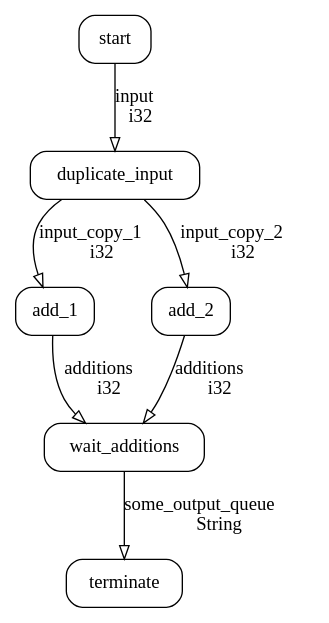
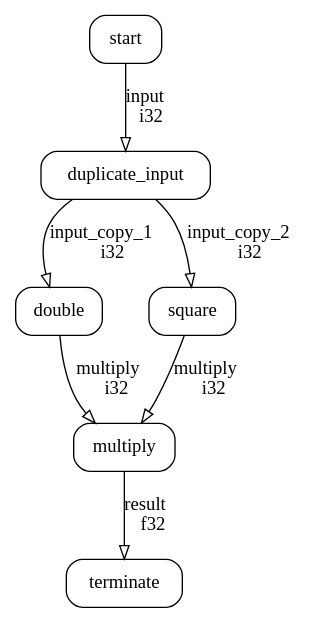
Before and after one commit to qwfy/dge: the diagram in dge-example/src/generated/graph.dot, drawn with Graphviz. The commit also changed 13 other files, not shown here.

```diff
--- a/dge-example/src/generated/graph.dot
+++ b/dge-example/src/generated/graph.dot
@@ -1,14 +1,14 @@
 digraph {
     0 [ label = "start" shape = "box" style = "rounded"]
     1 [ label = "duplicate_input" shape = "box" style = "rounded"]
-    2 [ label = "add_1" shape = "box" style = "rounded"]
-    3 [ label = "add_2" shape = "box" style = "rounded"]
-    4 [ label = "wait_additions" shape = "box" style = "rounded"]
+    2 [ label = "double" shape = "box" style = "rounded"]
+    3 [ label = "square" shape = "box" style = "rounded"]
+    4 [ label = "multiply" shape = "box" style = "rounded"]
     5 [ label = "terminate" shape = "box" style = "rounded"]
     0 -> 1 [ label = "input\li32" arrowhead = "onormal"]
     1 -> 2 [ label = "input_copy_1\li32" arrowhead = "onormal"]
     1 -> 3 [ label = "input_copy_2\li32" arrowhead = "onormal"]
-    2 -> 4 [ label = "additions\li32" arrowhead = "onormal"]
-    3 -> 4 [ label = "additions\li32" arrowhead = "onormal"]
-    4 -> 5 [ label = "some_output_queue\lString" arrowhead = "onormal"]
+    2 -> 4 [ label = "multiply\li32" arrowhead = "onormal"]
+    3 -> 4 [ label = "multiply\li32" arrowhead = "onormal"]
+    4 -> 5 [ label = "result\lf32" arrowhead = "onormal"]
 }
```
